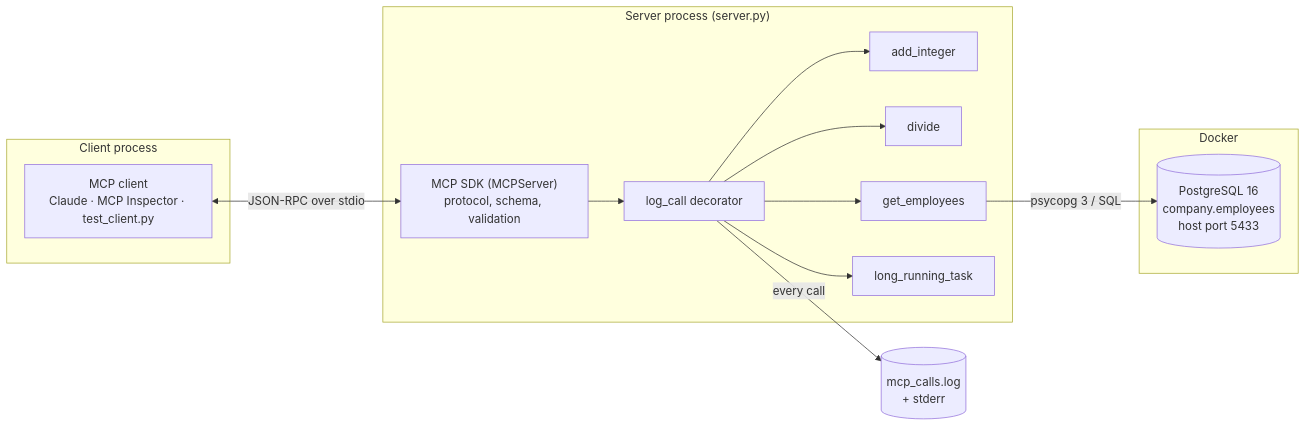
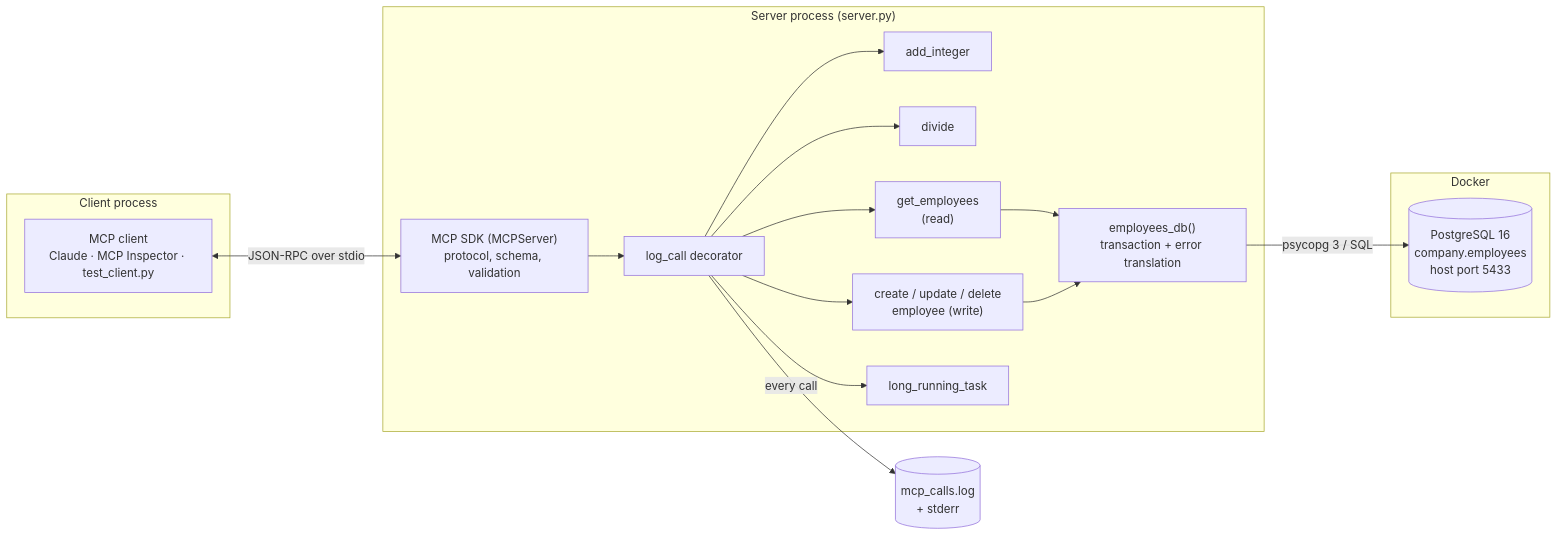
The first of 3 diagrams in docs/ARCHITECTURE.md (sluganesh/mcp-coreconcepts), drawn with Mermaid before and after one commit. The commit also changed other lines of this file and 4 other files, not shown here.

First line of the commit message:
Add typed employee results, write tools, and tool annotations

````diff
--- a/docs/ARCHITECTURE.md
+++ b/docs/ARCHITECTURE.md
@@ -21,27 +22,30 @@
 ```mermaid
 flowchart LR
     subgraph Client process
         C["MCP client<br/>Claude · MCP Inspector · test_client.py"]
     end
 
     subgraph "Server process (server.py)"
         SDK["MCP SDK (MCPServer)<br/>protocol, schema, validation"]
         LC["log_call decorator"]
         T1["add_integer"]
         T2["divide"]
-        T3["get_employees"]
+        T3["get_employees<br/>(read)"]
+        T5["create / update / delete<br/>employee (write)"]
         T4["long_running_task"]
+        H["employees_db()<br/>transaction + error translation"]
         SDK --> LC
-        LC --> T1 & T2 & T3 & T4
+        LC --> T1 & T2 & T3 & T5 & T4
+        T3 & T5 --> H
     end
 
     subgraph Docker
         DB[("PostgreSQL 16<br/>company.employees<br/>host port 5433")]
     end
 
     LOG[("mcp_calls.log<br/>+ stderr")]
 
     C <-- "JSON-RPC over stdio" --> SDK
     LC -- "every call" --> LOG
-    T3 -- "psycopg 3 / SQL" --> DB
+    H -- "psycopg 3 / SQL" --> DB
 ```
````
